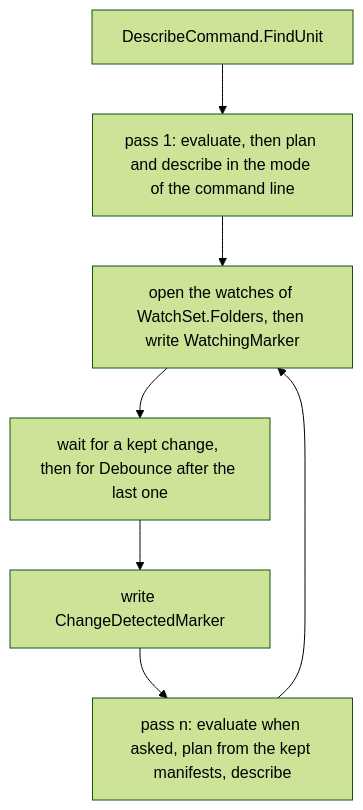
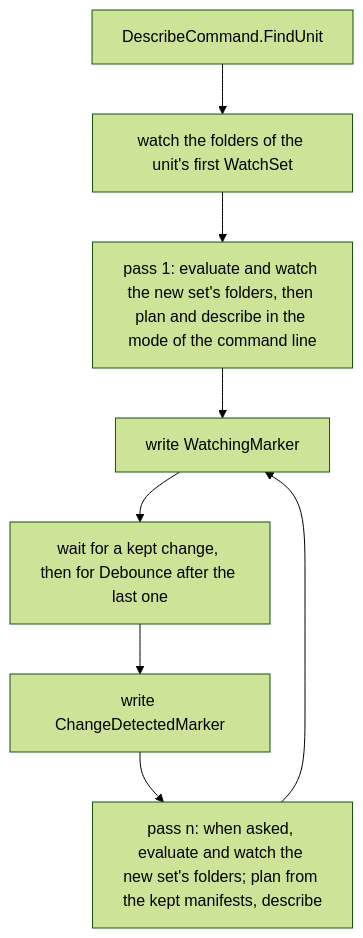
Before and after one commit to mbcrawfo/SqlSource: the second of 2 diagrams in docs/architecture/tool.md, drawn with Mermaid (forest theme). The commit also changed other lines of this file and 5 other files, not shown here.

First line of the commit message:
fix(tool): watch from before the first pass, and through each evaluation

````diff
--- a/docs/architecture/tool.md
+++ b/docs/architecture/tool.md
@@ -204,9 +204,10 @@
 ```mermaid
 flowchart TD
-    find["DescribeCommand.FindUnit"] --> first["pass 1: evaluate, then plan and describe in the mode of the command line"]
-    first --> watch["open the watches of WatchSet.Folders, then write WatchingMarker"]
-    watch --> wait["wait for a kept change, then for Debounce after the last one"]
+    find["DescribeCommand.FindUnit"] --> open["watch the folders of the unit's first WatchSet"]
+    open --> first["pass 1: evaluate and watch the new set's folders, then plan and describe in the mode of the command line"]
+    first --> watching["write WatchingMarker"]
+    watching --> wait["wait for a kept change, then for Debounce after the last one"]
     wait --> marker["write ChangeDetectedMarker"]
-    marker --> pass["pass n: evaluate when asked, plan from the kept manifests, describe"]
-    pass --> watch
+    marker --> pass["pass n: when asked, evaluate and watch the new set's folders; plan from the kept manifests, describe"]
+    pass --> watching
 ```
````
